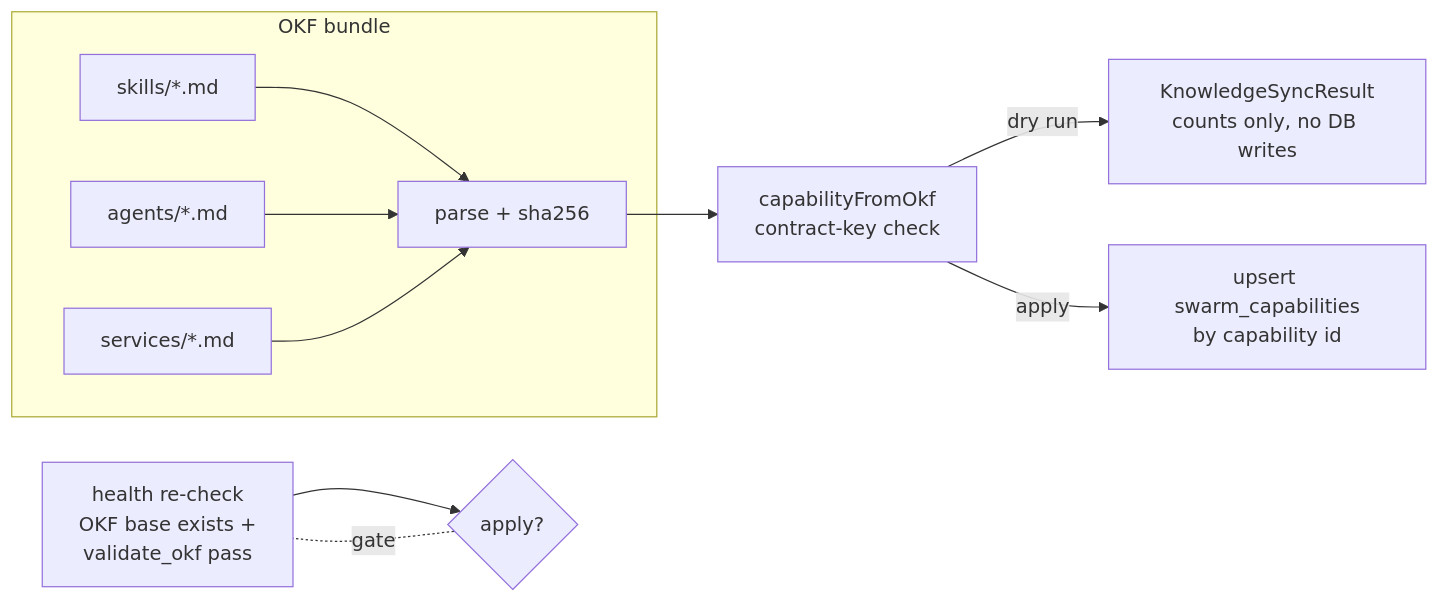
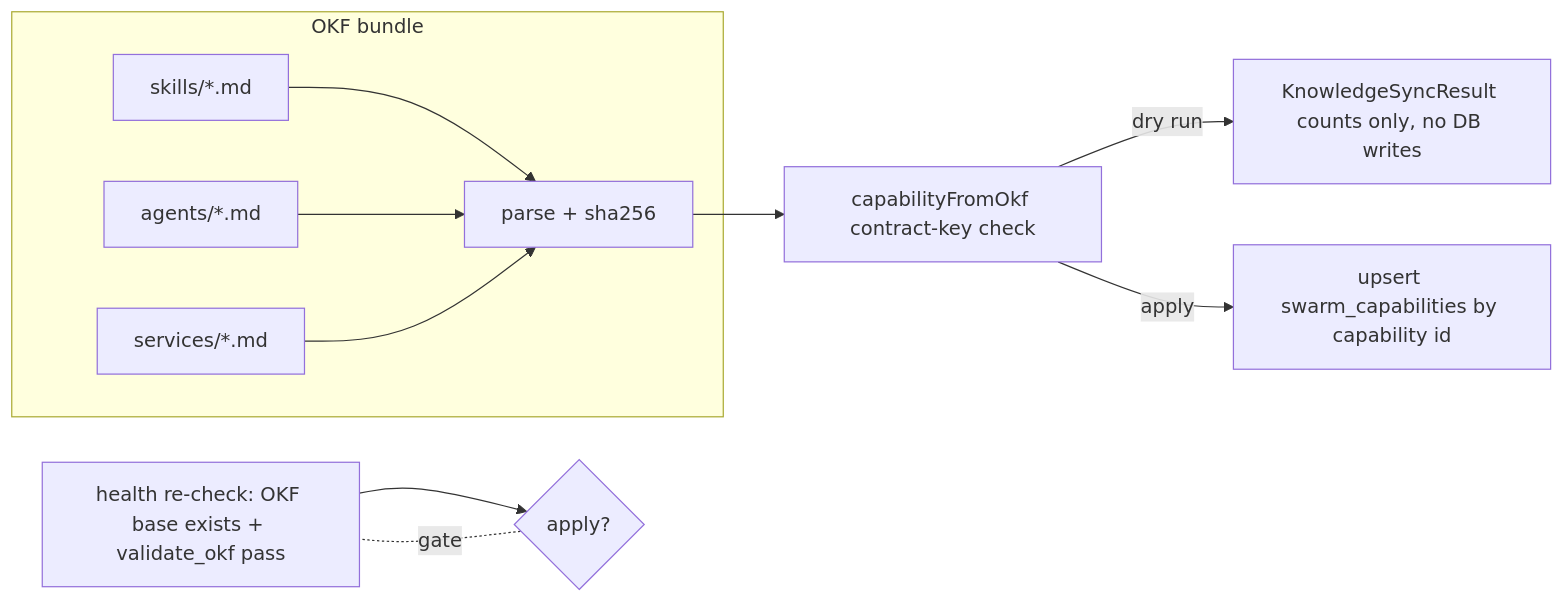
The diagram in openwiki/operations/knowledge-runtime.md (djimit/djimitflo), drawn with Mermaid before and after one commit. The commit also changed other lines of this file and 45 other files, not shown here.

````diff
--- a/openwiki/operations/knowledge-runtime.md
+++ b/openwiki/operations/knowledge-runtime.md
@@ -135,13 +174,13 @@
 ```mermaid
 flowchart LR
     subgraph OKF bundle
-        S[skills/*.md] --> P[parse + sha256]
-        A[agents/*.md] --> P
-        V[services/*.md] --> P
+        S["skills/*.md"] --> P["parse + sha256"]
+        A["agents/*.md"] --> P
+        V["services/*.md"] --> P
     end
-    H[health re-check\nOKF base exists +\nvalidate_okf pass] --> G{apply?}
-    P --> C[capabilityFromOkf\ncontract-key check]
-    C -->|dry run| R[KnowledgeSyncResult\ncounts only, no DB writes]
-    C -->|apply| U[upsert swarm_capabilities\nby capability id]
+    H["health re-check: OKF base exists + validate_okf pass"] --> G{apply?}
+    P --> C["capabilityFromOkf contract-key check"]
+    C -->|"dry run"| R["KnowledgeSyncResult counts only, no DB writes"]
+    C -->|apply| U["upsert swarm_capabilities by capability id"]
     G -.gate.- H
 ```
````
